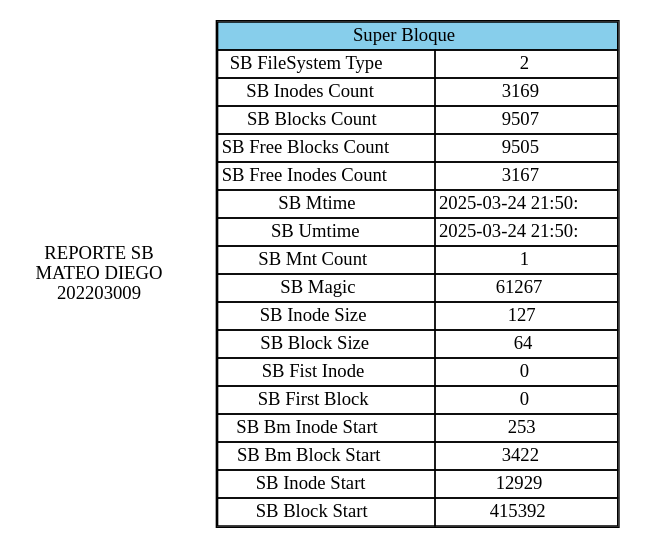
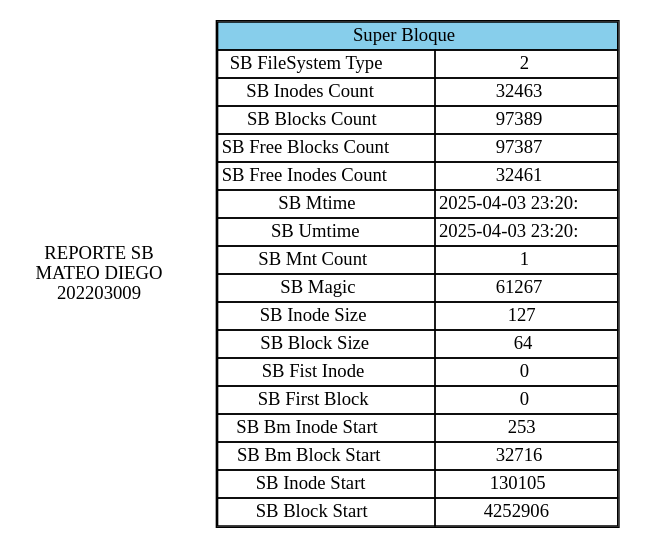
The diagram in backend/REPORTESB.dot (matiuuh/-MIA_1S_P2_202203009), drawn with Graphviz before and after one commit. The commit also changed 3 other files, not shown here.

```diff
--- a/backend/REPORTESB.dot
+++ b/backend/REPORTESB.dot
@@ -1,29 +1,29 @@
 digraph G {
 node [shape=plaintext];
 fontname="Courier New";
 title [label="REPORTE SB
 MATEO DIEGO
 202203009"];
 SBTable [label=<
 <table border='1' cellborder='1' cellspacing='0'>
 <tr><td bgcolor="skyblue" colspan='2'>Super Bloque</td></tr>
 <tr><td>SB FileSystem Type</td><td>2</td></tr>
-<tr><td>SB Inodes Count</td><td>3169</td></tr>
-<tr><td>SB Blocks Count</td><td>9507</td></tr>
-<tr><td>SB Free Blocks Count</td><td>9505</td></tr>
-<tr><td>SB Free Inodes Count</td><td>3167</td></tr>
-<tr><td>SB Mtime</td><td>2025-03-24 21:50:</td></tr>
-<tr><td>SB Umtime</td><td>2025-03-24 21:50:</td></tr>
+<tr><td>SB Inodes Count</td><td>32463</td></tr>
+<tr><td>SB Blocks Count</td><td>97389</td></tr>
+<tr><td>SB Free Blocks Count</td><td>97387</td></tr>
+<tr><td>SB Free Inodes Count</td><td>32461</td></tr>
+<tr><td>SB Mtime</td><td>2025-04-03 23:20:</td></tr>
+<tr><td>SB Umtime</td><td>2025-04-03 23:20:</td></tr>
 <tr><td>SB Mnt Count</td><td>1</td></tr>
 <tr><td>SB Magic</td><td>61267</td></tr>
 <tr><td>SB Inode Size</td><td>127</td></tr>
 <tr><td>SB Block Size</td><td>64</td></tr>
 <tr><td>SB Fist Inode</td><td>0</td></tr>
 <tr><td>SB First Block</td><td>0</td></tr>
 <tr><td>SB Bm Inode Start</td><td>253</td></tr>
-<tr><td>SB Bm Block Start</td><td>3422</td></tr>
-<tr><td>SB Inode Start</td><td>12929</td></tr>
-<tr><td>SB Block Start</td><td>415392</td></tr>
+<tr><td>SB Bm Block Start</td><td>32716</td></tr>
+<tr><td>SB Inode Start</td><td>130105</td></tr>
+<tr><td>SB Block Start</td><td>4252906</td></tr>
 </table>
 >];
 }
```
